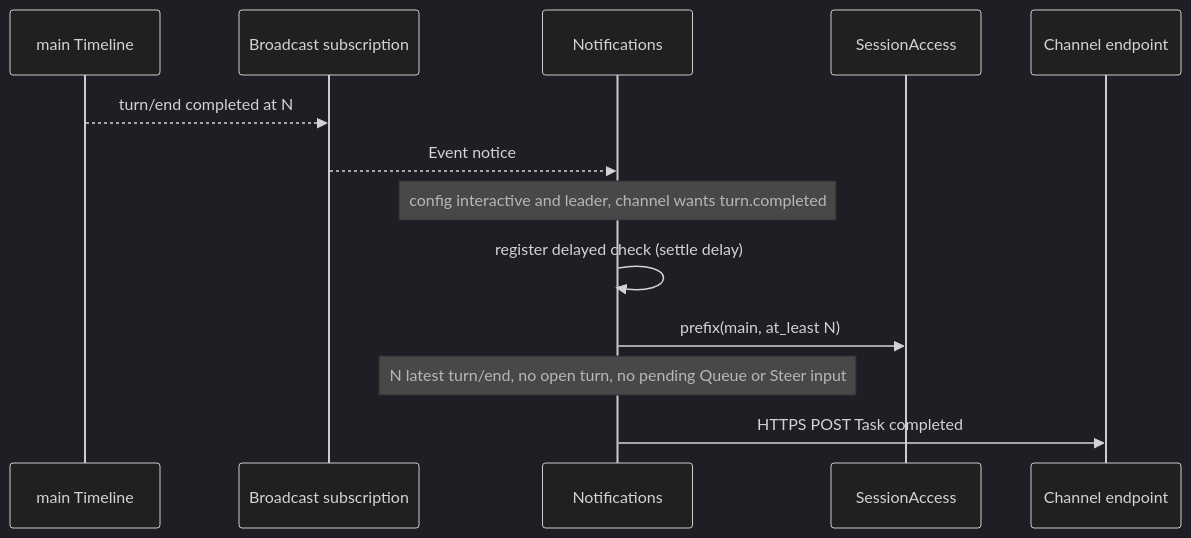
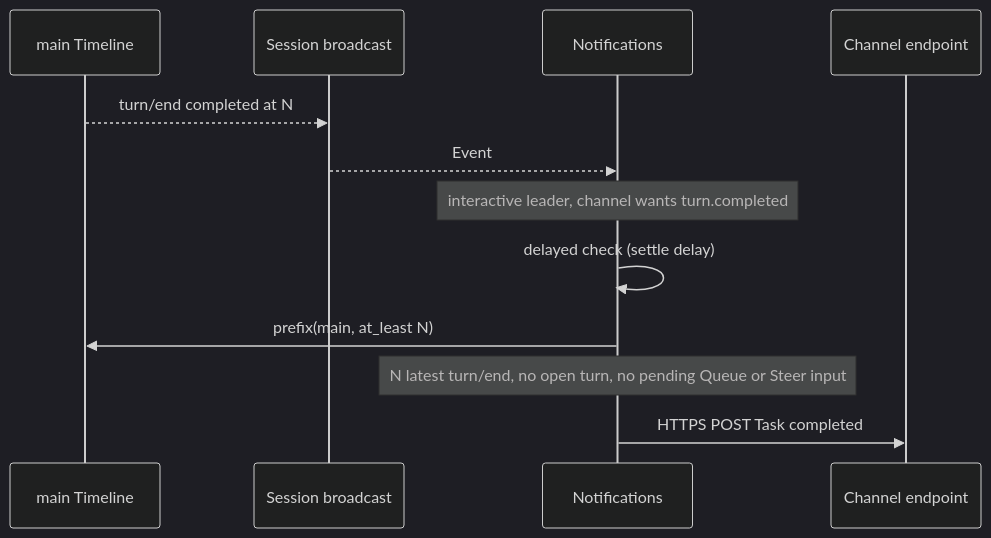
Before and after one commit to CoutinhoTTS/dim-agent: the third of 6 diagrams in docs/design/plugins/Notifications.md, drawn with Mermaid (dark theme). The commit also changed other lines of this file and 3 other files, not shown here.

````diff
--- a/docs/design/plugins/Notifications.md
+++ b/docs/design/plugins/Notifications.md
@@ -78,15 +71,14 @@
 ```mermaid
 sequenceDiagram
   participant TL as main Timeline
-  participant SE as Broadcast subscription
+  participant SB as Session broadcast
   participant NP as Notifications
-  participant SA as SessionAccess
   participant CH as Channel endpoint
-  TL-->>SE: turn/end completed at N
-  SE-->>NP: Event notice
-  Note over NP: config interactive and leader, channel wants turn.completed
-  NP->>NP: register delayed check (settle delay)
-  NP->>SA: prefix(main, at_least N)
+  TL-->>SB: turn/end completed at N
+  SB-->>NP: Event
+  Note over NP: interactive leader, channel wants turn.completed
+  NP->>NP: delayed check (settle delay)
+  NP->>TL: prefix(main, at_least N)
   Note over NP: N latest turn/end, no open turn, no pending Queue or Steer input
   NP->>CH: HTTPS POST Task completed
 ```
````
